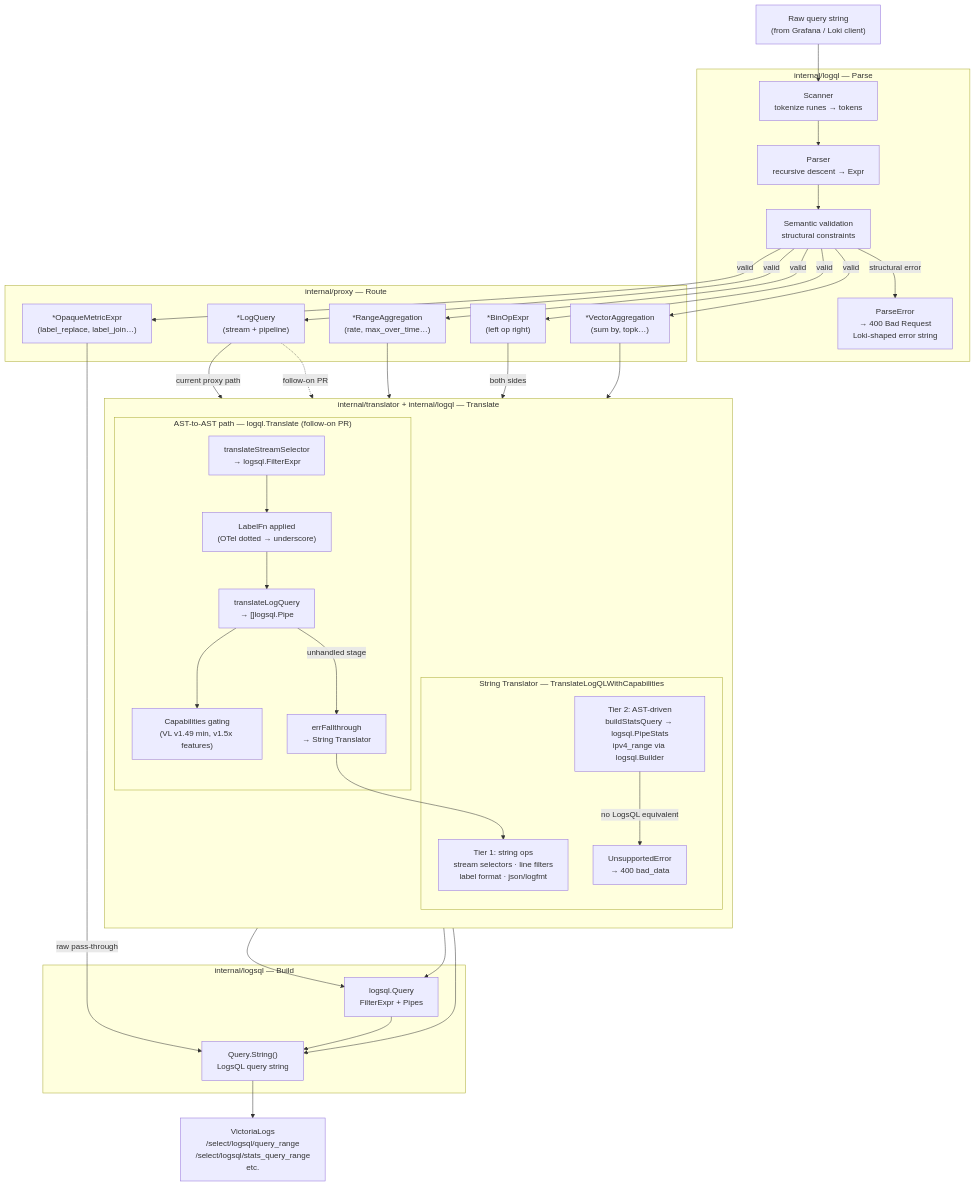
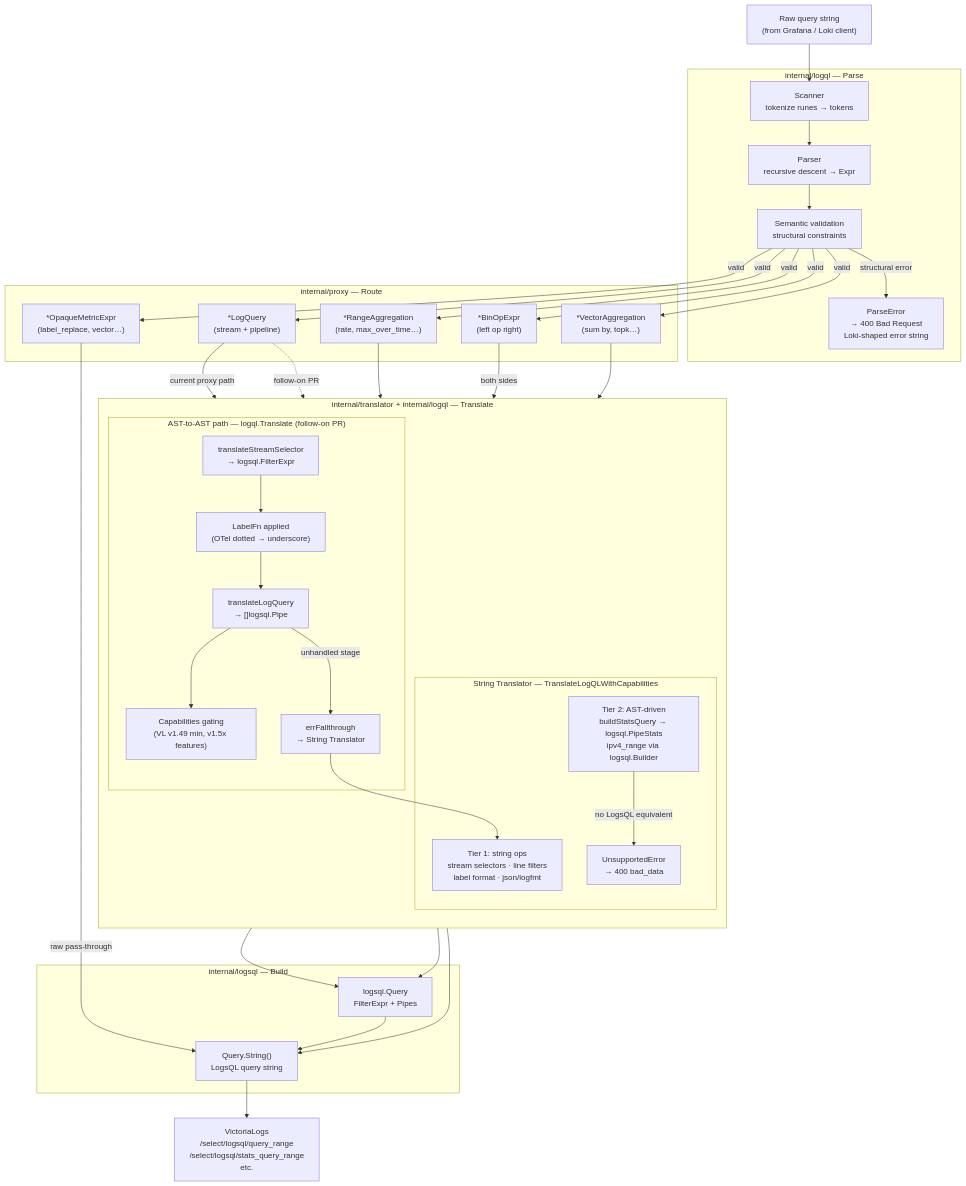
One commit to ReliablyObserve/loki-vl-proxy changed the first of 3 diagrams in docs/logql-parser.md. Above: the diagram before and after it, drawn with Mermaid. The commit also changed other lines of this file and 53 other files, not shown here.

First line of the commit message:
fix: reject group(), label_join() and other names Loki does not have, and accept keywords in any case, like Loki (#748)

````diff
--- a/docs/logql-parser.md
+++ b/docs/logql-parser.md
@@ -34,66 +34,66 @@
 ```mermaid
 flowchart TD
     Q["Raw query string\n(from Grafana / Loki client)"]
 
     subgraph Parse["internal/logql — Parse"]
         SC["Scanner\ntokenize runes → tokens"]
         PA["Parser\nrecursive descent → Expr"]
         SE["Semantic validation\nstructural constraints"]
         PARSE_ERR["ParseError\n→ 400 Bad Request\nLoki-shaped error string"]
     end
 
     subgraph Route["internal/proxy — Route"]
         LQ["*LogQuery\n(stream + pipeline)"]
         RA["*RangeAggregation\n(rate, max_over_time…)"]
         BE["*BinOpExpr\n(left op right)"]
-        OM["*OpaqueMetricExpr\n(label_replace, label_join…)"]
+        OM["*OpaqueMetricExpr\n(label_replace, vector…)"]
         VA["*VectorAggregation\n(sum by, topk…)"]
     end
 
     subgraph Translate["internal/translator + internal/logql — Translate"]
         direction TB
         subgraph AST["AST-to-AST path — logql.Translate (follow-on PR)"]
             SS["translateStreamSelector\n→ logsql.FilterExpr"]
             PIPE_STAGES["translateLogQuery\n→ []logsql.Pipe"]
             LABEL_FN["LabelFn applied\n(OTel dotted → underscore)"]
             CAPS_GATE["Capabilities gating\n(VL v1.49 min, v1.5x features)"]
             FT["errFallthrough\n→ String Translator"]
         end
         subgraph STR["String Translator — TranslateLogQLWithCapabilities"]
             T1["Tier 1: string ops\nstream selectors · line filters\nlabel format · json/logfmt"]
             T2["Tier 2: AST-driven\nbuildStatsQuery → logsql.PipeStats\nipv4_range via logsql.Builder"]
             UNSUP["UnsupportedError\n→ 400 bad_data"]
         end
     end
 
     subgraph Build["internal/logsql — Build"]
         LSQL_AST["logsql.Query\nFilterExpr + Pipes"]
         LSQL_STR["Query.String()\nLogsQL query string"]
     end
 
     VL["VictoriaLogs\n/select/logsql/query_range\n/select/logsql/stats_query_range\netc."]
 
     Q --> SC --> PA --> SE
     SE -->|"structural error"| PARSE_ERR
     SE -->|"valid"| LQ
     SE -->|"valid"| RA
     SE -->|"valid"| BE
     SE -->|"valid"| OM
     SE -->|"valid"| VA
 
     LQ -->|"current proxy path"| T1
     LQ -.->|"follow-on PR"| SS
     SS --> LABEL_FN --> PIPE_STAGES --> CAPS_GATE --> LSQL_AST
     PIPE_STAGES -->|"unhandled stage"| FT --> T1
 
     RA --> T2
     BE -->|"both sides"| T1
     VA --> T2
     OM -->|"raw pass-through"| LSQL_STR
 
     T1 --> LSQL_STR
     T2 --> LSQL_AST --> LSQL_STR
     T2 -->|"no LogsQL equivalent"| UNSUP
 
     LSQL_STR --> VL
 ```
````
